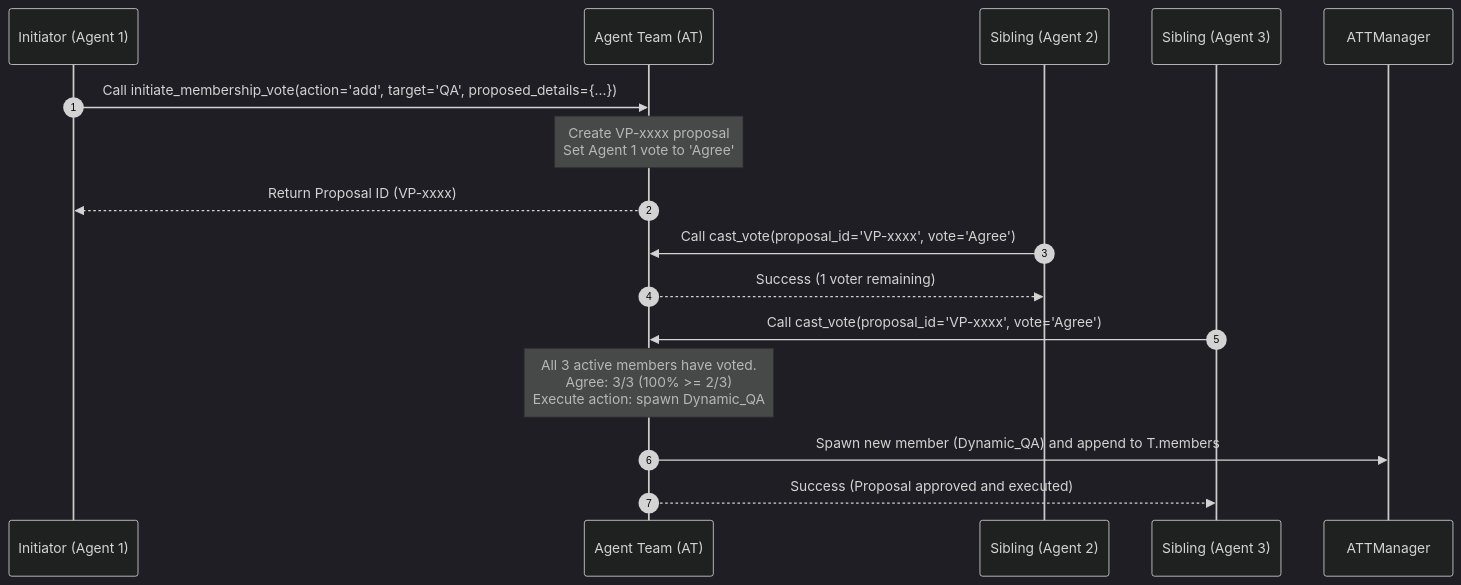
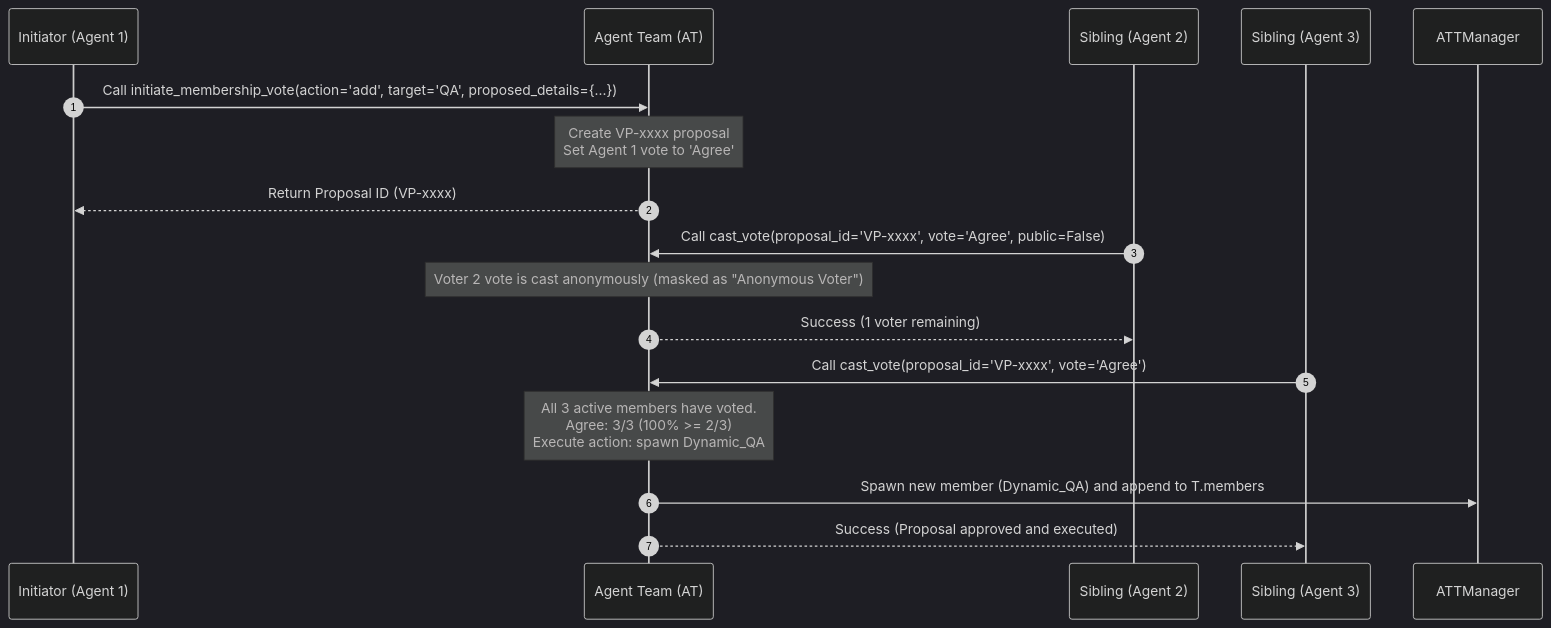
One commit to AI-Team-Team/AI-Team-Team changed the fourth of 4 diagrams in docs/flowcharts/Spawning_Escalation.md. Above: the diagram before and after it, drawn with Mermaid (dark theme). The commit also changed other lines of this file and 14 other files, not shown here.

````diff
--- a/docs/flowcharts/Spawning_Escalation.md
+++ b/docs/flowcharts/Spawning_Escalation.md
@@ -97,21 +97,22 @@
 ```mermaid
 sequenceDiagram
     autonumber
     participant A1 as Initiator (Agent 1)
     participant T as Agent Team (AT)
     participant A2 as Sibling (Agent 2)
     participant A3 as Sibling (Agent 3)
     participant Manager as ATTManager
 
     A1->>T: Call initiate_membership_vote(action='add', target='QA', proposed_details={...})
     Note over T: Create VP-xxxx proposal<br/>Set Agent 1 vote to 'Agree'
     T-->>A1: Return Proposal ID (VP-xxxx)
 
-    A2->>T: Call cast_vote(proposal_id='VP-xxxx', vote='Agree')
+    A2->>T: Call cast_vote(proposal_id='VP-xxxx', vote='Agree', public=False)
+    Note over T: Voter 2 vote is cast anonymously (masked as "Anonymous Voter")
     T-->>A2: Success (1 voter remaining)
 
     A3->>T: Call cast_vote(proposal_id='VP-xxxx', vote='Agree')
     Note over T: All 3 active members have voted.<br/>Agree: 3/3 (100% >= 2/3)<br/>Execute action: spawn Dynamic_QA
     T->>Manager: Spawn new member (Dynamic_QA) and append to T.members
     T-->>A3: Success (Proposal approved and executed)
 ```
````
